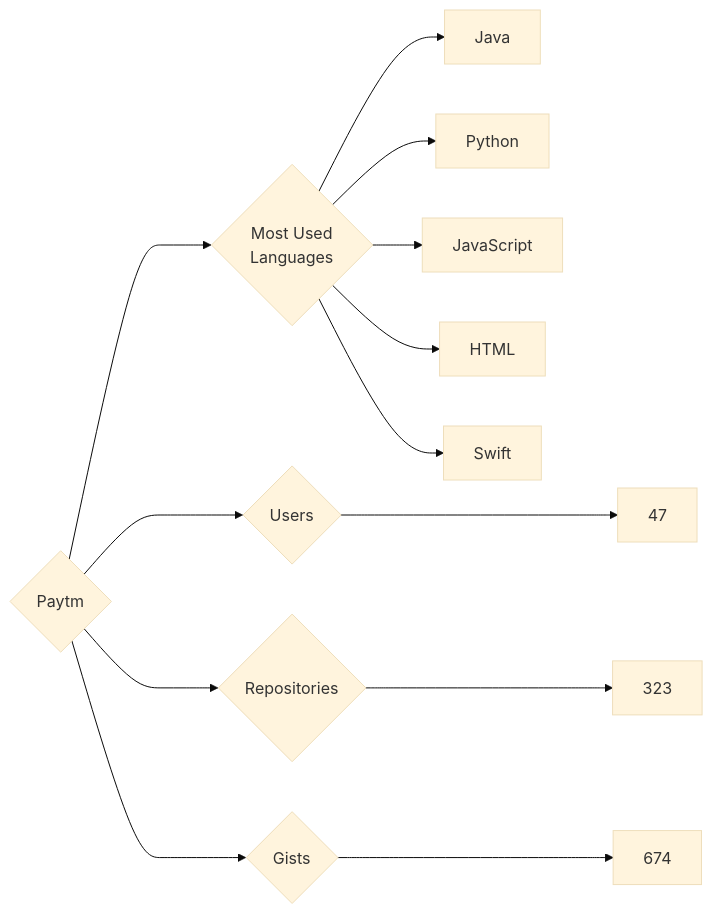
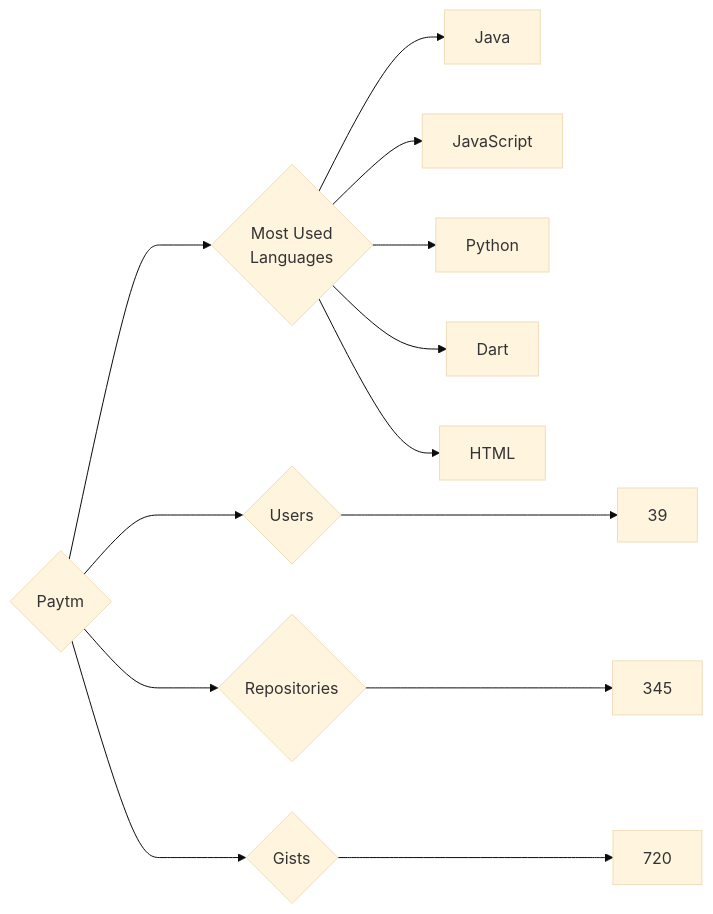
The diagram in targets/Paytm/README.md (trickest/insiders), drawn with Mermaid (base theme) before and after one commit. The commit also changed 953 other files, not shown here.

````diff
--- a/targets/Paytm/README.md
+++ b/targets/Paytm/README.md
@@ -3,13 +3,13 @@
 ```mermaid
 graph LR
 COMPANY_NAME{Paytm}
-COMPANY_NAME ---> U{Users} ---> UN[47]
-COMPANY_NAME ---> R{Repositories} ---> RN[323]
-COMPANY_NAME ---> G{Gists} ---> GN[674]
+COMPANY_NAME ---> U{Users} ---> UN[39]
+COMPANY_NAME ---> R{Repositories} ---> RN[345]
+COMPANY_NAME ---> G{Gists} ---> GN[720]
 COMPANY_NAME ---> ML{Most Used<br>Languages}
 ML --> Java[Java]
+ML --> JavaScript[JavaScript]
 ML --> Python[Python]
-ML --> JavaScript[JavaScript]
+ML --> Dart[Dart]
 ML --> HTML[HTML]
-ML --> Swift[Swift]
 ```
````
